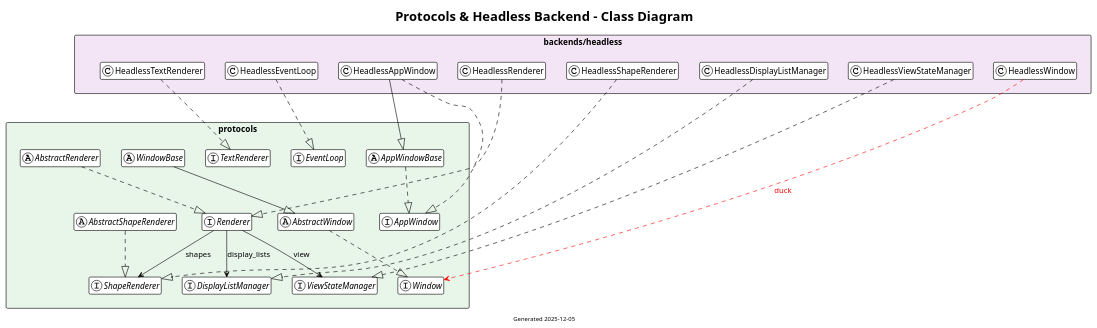
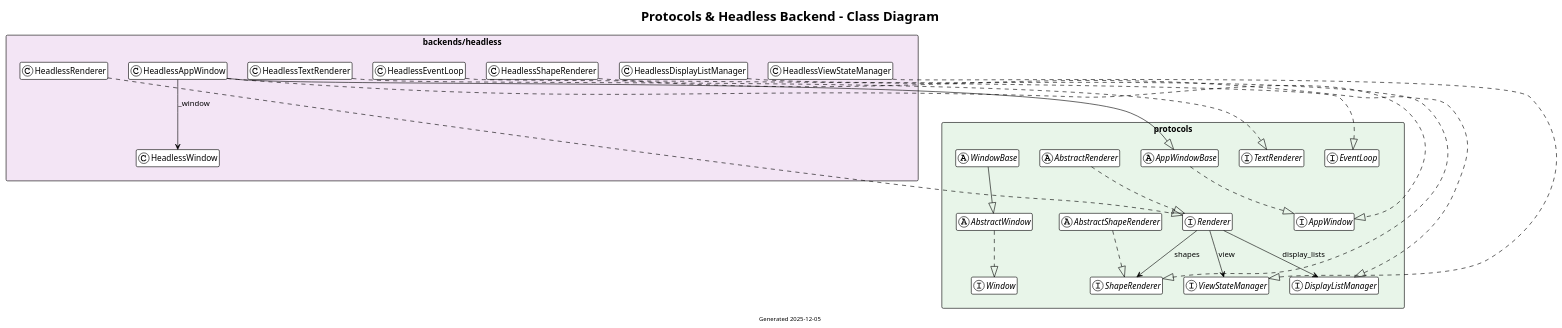
The diagram in docs/design/protocols_headless.puml (boaznahum/cubesolve), drawn with PlantUML before and after one commit. The commit also changed 17 other files, not shown here.

```diff
--- a/docs/design/protocols_headless.puml
+++ b/docs/design/protocols_headless.puml
@@ -1,79 +1,77 @@
 @startuml protocols_headless
 !theme plain
 skinparam classAttributeIconSize 0
 hide members
 
 title Protocols & Headless Backend - Class Diagram
 footer Generated 2025-12-05
 
 ' ============================================
 ' PROTOCOLS (Interfaces) - TOP
 ' ============================================
 package "protocols" as P <<Rectangle>> #E8F5E9 {
     interface Renderer
     interface ShapeRenderer
     interface DisplayListManager
     interface ViewStateManager
     interface EventLoop
     interface AppWindow
     interface TextRenderer
     interface Window
 
     ' Abstract base classes (no-op defaults)
     abstract class AbstractRenderer
     abstract class AbstractShapeRenderer
     abstract class AbstractWindow
 
     ' Base classes (real shared implementation)
     abstract class AppWindowBase
     abstract class WindowBase
 
     ' Protocol relationships
     Renderer --> ShapeRenderer : shapes
     Renderer --> DisplayListManager : display_lists
     Renderer --> ViewStateManager : view
 
     AbstractRenderer ..|> Renderer
     AbstractShapeRenderer ..|> ShapeRenderer
     AbstractWindow ..|> Window
     AppWindowBase ..|> AppWindow
     WindowBase --|> AbstractWindow
 }
 
 ' ============================================
 ' HEADLESS BACKEND (Testing)
 ' ============================================
 package "backends/headless" as B <<Rectangle>> #F3E5F5 {
     class HeadlessRenderer
     class HeadlessShapeRenderer
     class HeadlessDisplayListManager
     class HeadlessViewStateManager
     class HeadlessEventLoop
     class HeadlessAppWindow
     class HeadlessWindow
     class HeadlessTextRenderer
 }
 
+' HeadlessAppWindow uses HeadlessWindow via composition
+HeadlessAppWindow --> HeadlessWindow : _window
+
 ' Force protocols package above headless package
 P -[hidden]down- B
 
 ' ============================================
 ' PROPER PROTOCOL IMPLEMENTATIONS (normal dashed line)
 ' ============================================
 HeadlessRenderer ..|> Renderer
 HeadlessShapeRenderer ..|> ShapeRenderer
 HeadlessDisplayListManager ..|> DisplayListManager
 HeadlessViewStateManager ..|> ViewStateManager
 HeadlessEventLoop ..|> EventLoop
 HeadlessTextRenderer ..|> TextRenderer
 
 ' HeadlessAppWindow inherits from AppWindowBase AND AppWindow protocol
 HeadlessAppWindow --|> AppWindowBase
 HeadlessAppWindow ..|> AppWindow
 
-' ============================================
-' DUCK TYPING - implements protocol but doesn't inherit (bold red)
-' ============================================
-HeadlessWindow .[#FF0000,bold,dashed].> Window : <color:red>duck
-
 @enduml
```
